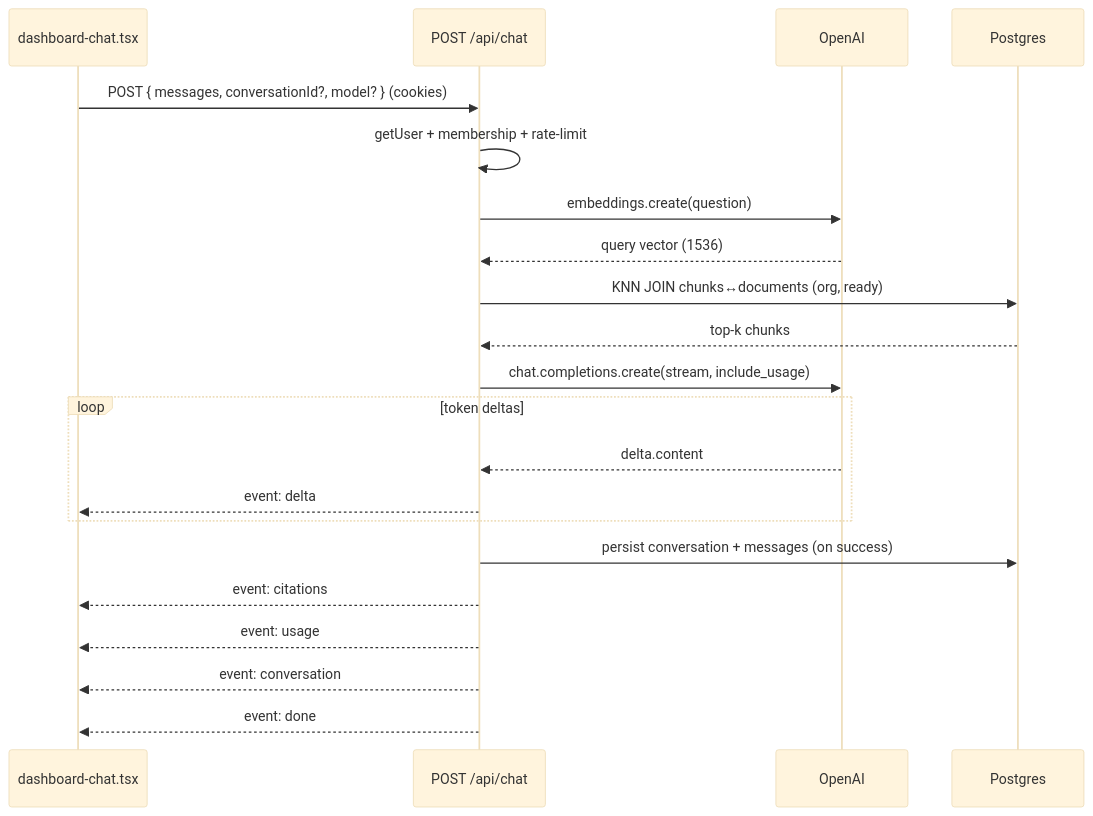
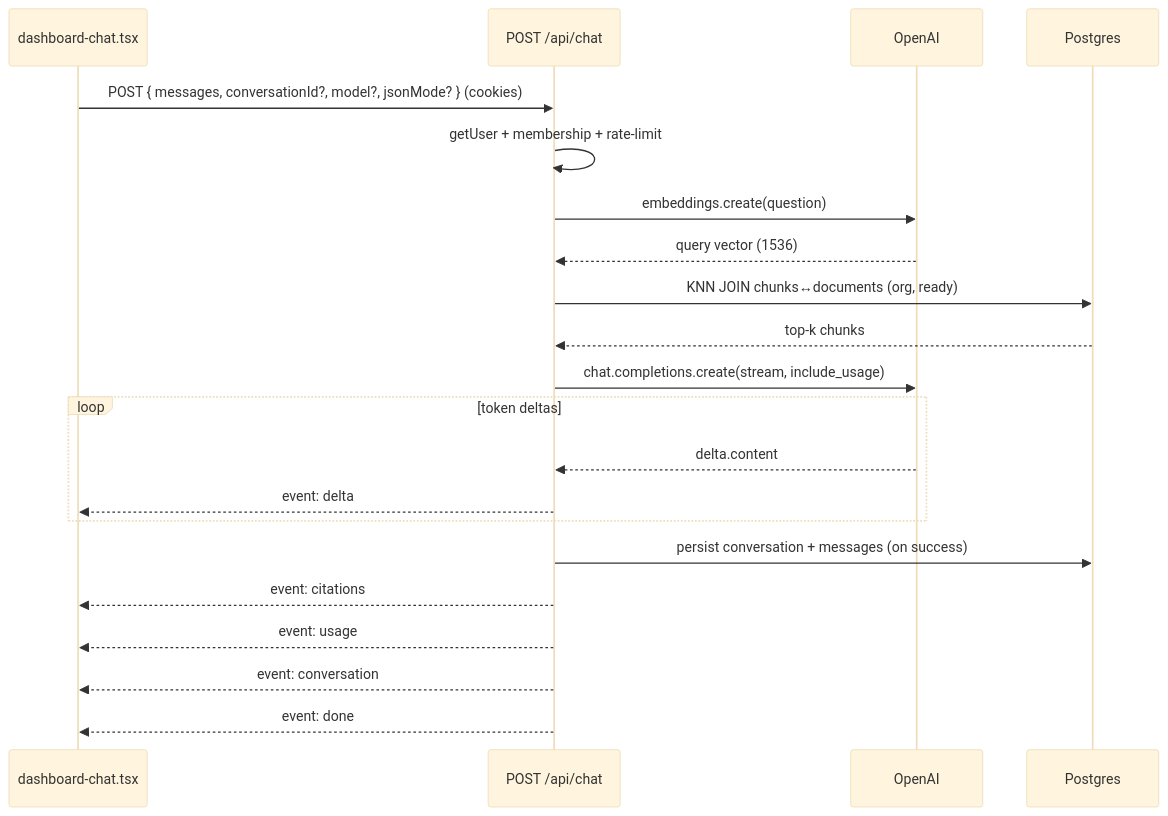
Before and after one commit to parmeet1402/ai-workflow-platform: the second of 3 diagrams in docs/ai-chat.md, drawn with Mermaid. The commit also changed other lines of this file and 3 other files, not shown here.

````diff
--- a/docs/ai-chat.md
+++ b/docs/ai-chat.md
@@ -118,31 +118,31 @@
 ```mermaid
 %%{init: {
   "theme": "base",
   "themeVariables": {
     "fontFamily": "ui-sans-serif, system-ui, sans-serif",
     "lineColor": "#64748b"
   }
 }}%%
 sequenceDiagram
   participant UI as dashboard-chat.tsx
   participant API as POST /api/chat
   participant OAI as OpenAI
   participant PG as Postgres
 
-  UI->>API: POST { messages, conversationId?, model? } (cookies)
+  UI->>API: POST { messages, conversationId?, model?, jsonMode? } (cookies)
   API->>API: getUser + membership + rate-limit
   API->>OAI: embeddings.create(question)
   OAI-->>API: query vector (1536)
   API->>PG: KNN JOIN chunks↔documents (org, ready)
   PG-->>API: top-k chunks
   API->>OAI: chat.completions.create(stream, include_usage)
   loop token deltas
     OAI-->>API: delta.content
     API-->>UI: event: delta
   end
   API->>PG: persist conversation + messages (on success)
   API-->>UI: event: citations
   API-->>UI: event: usage
   API-->>UI: event: conversation
   API-->>UI: event: done
 ```
````
